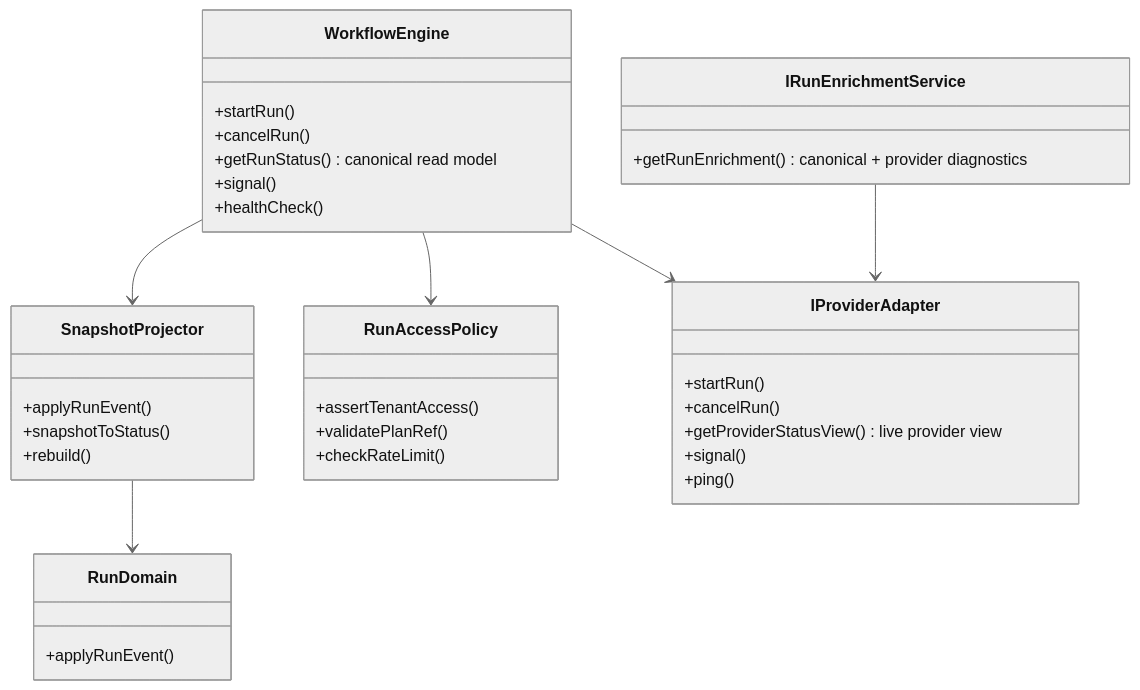
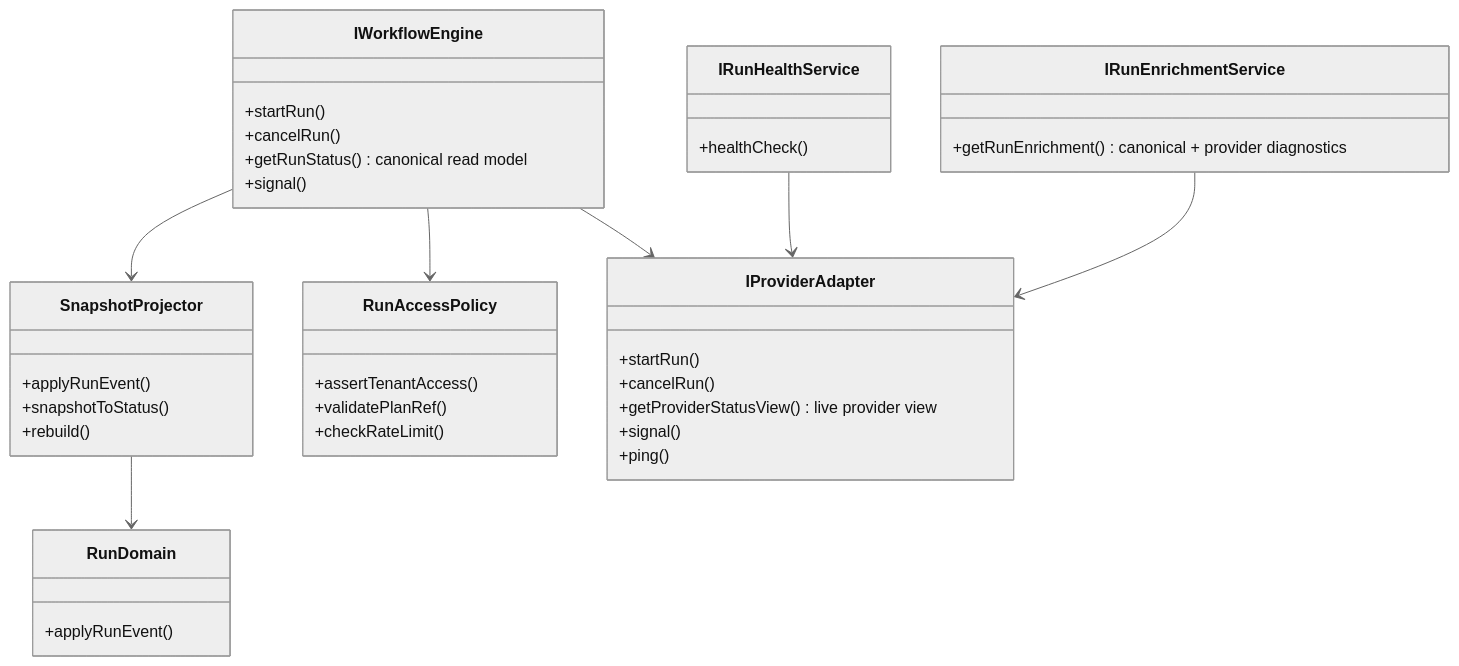
The second of 4 diagrams in docs/architecture/system-delivery-status.md (dunay2/dvt), drawn with Mermaid (neutral theme) before and after one commit. The commit also changed 19 other files, not shown here.

````diff
--- a/docs/architecture/system-delivery-status.md
+++ b/docs/architecture/system-delivery-status.md
@@ -209,38 +209,41 @@
 ```mermaid
 classDiagram
-    class WorkflowEngine {
+    class IWorkflowEngine {
         +startRun()
         +cancelRun()
         +getRunStatus() canonical read model
         +signal()
+    }
+    class IRunHealthService {
         +healthCheck()
     }
     class IRunEnrichmentService {
         +getRunEnrichment() canonical + provider diagnostics
     }
     class SnapshotProjector {
         +applyRunEvent()
         +snapshotToStatus()
         +rebuild()
     }
     class RunAccessPolicy {
         +assertTenantAccess()
         +validatePlanRef()
         +checkRateLimit()
     }
     class IProviderAdapter {
         +startRun()
         +cancelRun()
         +getProviderStatusView() live provider view
         +signal()
         +ping()
     }
     class RunDomain {
         +applyRunEvent()
     }
-    WorkflowEngine --> SnapshotProjector
-    WorkflowEngine --> RunAccessPolicy
-    WorkflowEngine --> IProviderAdapter
+    IWorkflowEngine --> SnapshotProjector
+    IWorkflowEngine --> RunAccessPolicy
+    IWorkflowEngine --> IProviderAdapter
+    IRunHealthService --> IProviderAdapter
     IRunEnrichmentService --> IProviderAdapter
     SnapshotProjector --> RunDomain
 ```
````
